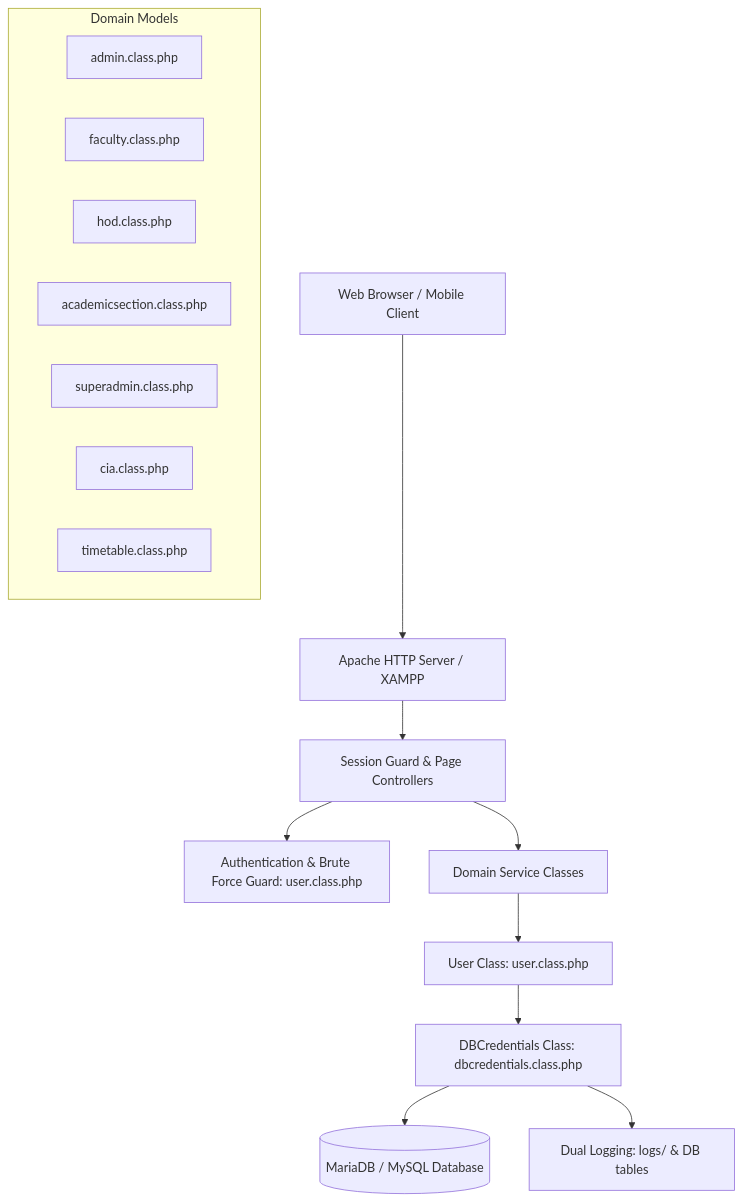
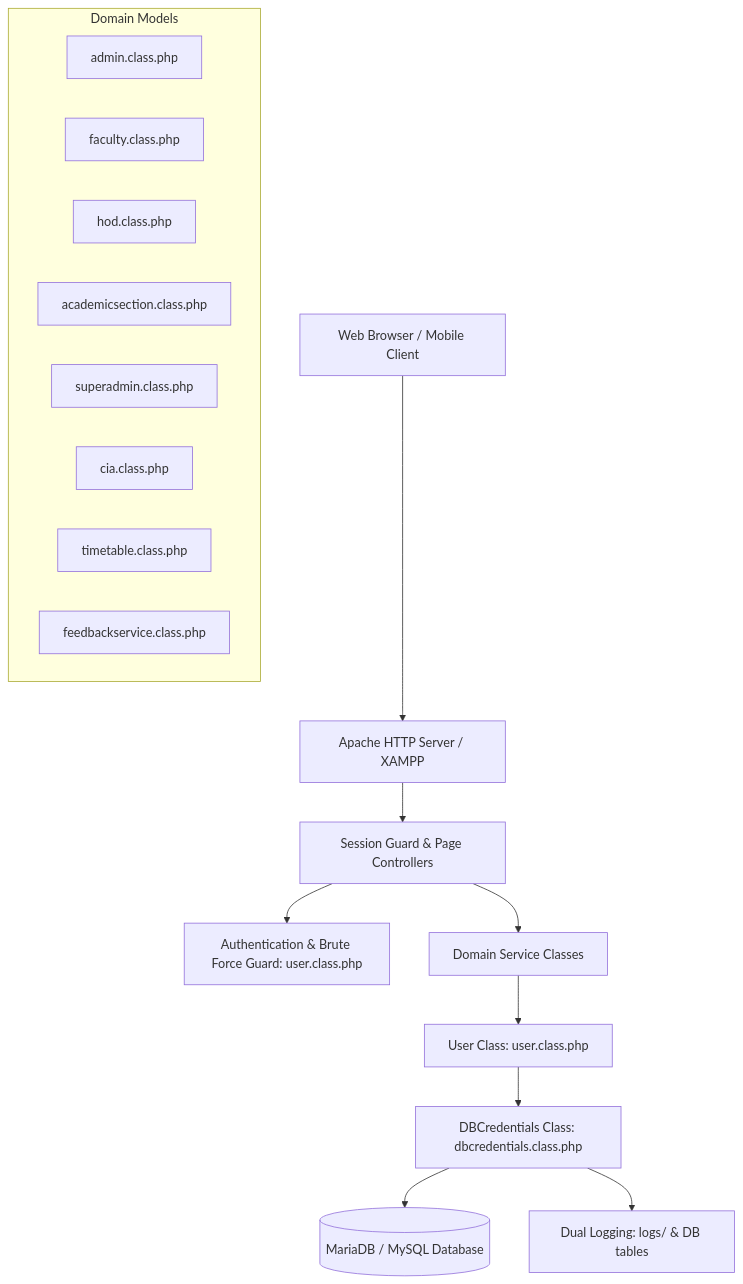
One commit to katamanilprojects/sarb_cea changed the diagram in docs/README.md. Above: the diagram before and after it, drawn with Mermaid. The commit also changed other lines of this file and 9 other files, not shown here.

First line of the commit message:
docs: synchronize database schema, relationships, and feedback workflows

````diff
--- a/docs/README.md
+++ b/docs/README.md
@@ -42,22 +43,23 @@
 ```mermaid
 graph TD
     Client[Web Browser / Mobile Client] --> Apache[Apache HTTP Server / XAMPP]
     Apache --> Router[Session Guard & Page Controllers]
     Router --> Auth[Authentication & Brute Force Guard: user.class.php]
     Router --> Domain[Domain Service Classes]
     
     subgraph Domain Models
         Admin[admin.class.php]
         Faculty[faculty.class.php]
         HOD[hod.class.php]
         Acad[academicsection.class.php]
         SuperAdmin[superadmin.class.php]
         CIA[cia.class.php]
         Timetable[timetable.class.php]
+        Feedback[feedbackservice.class.php]
     end
     
     Domain --> BaseUser[User Class: user.class.php]
     BaseUser --> BaseDB[DBCredentials Class: dbcredentials.class.php]
     BaseDB --> MariaDB[(MariaDB / MySQL Database)]
     BaseDB --> Logs[Dual Logging: logs/ & DB tables]
 ```
````
